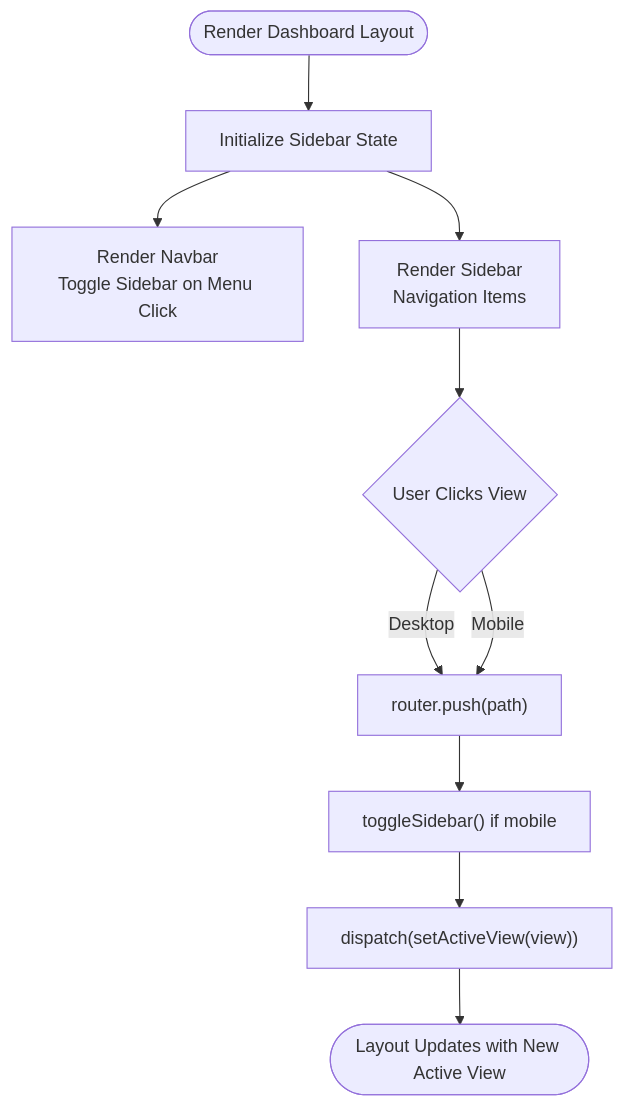
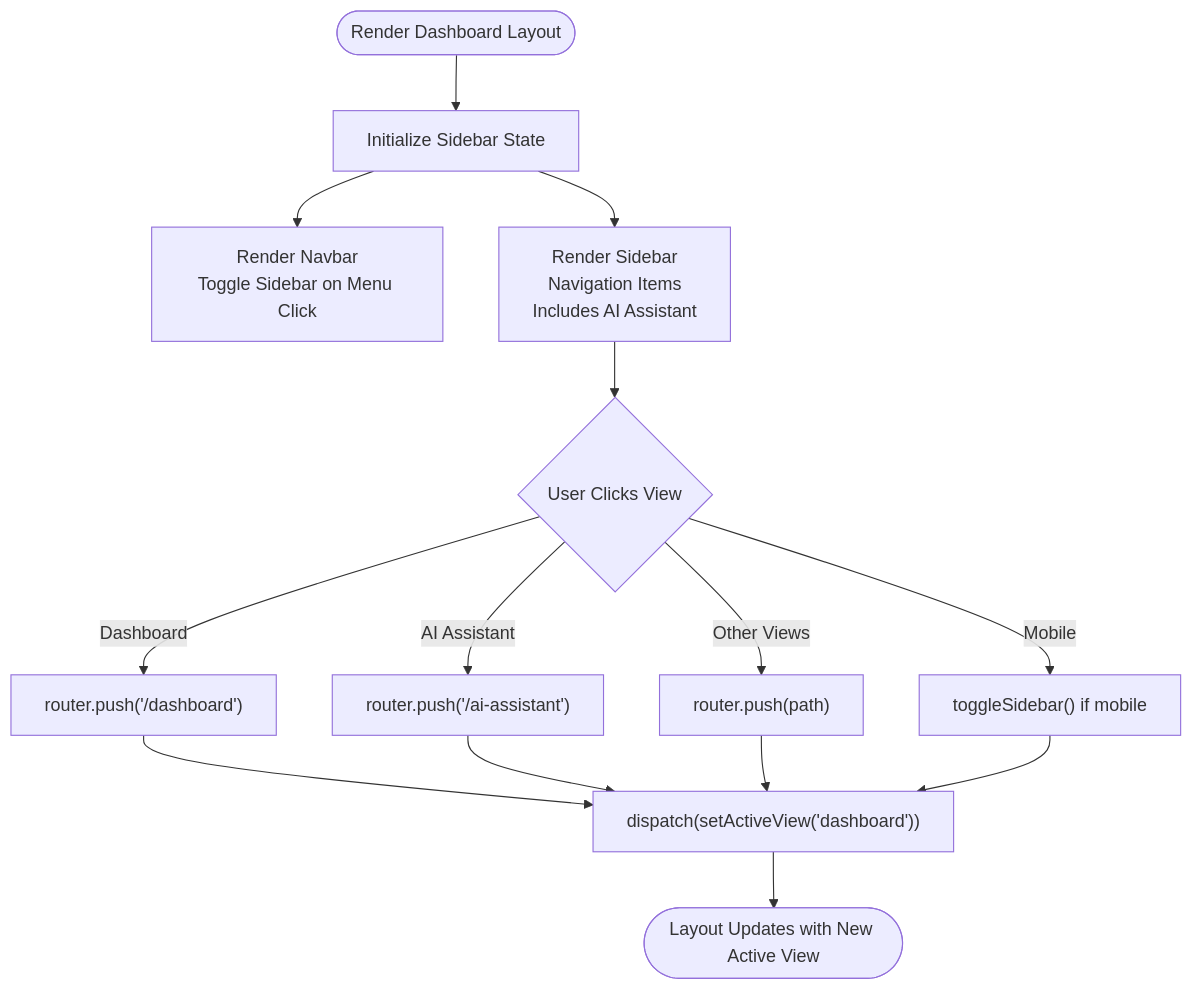
Before and after one commit to cacamarica/dashboard-ai: the tenth of 11 diagrams in .qoder/repowiki/en/content/Core Features/Dashboard Interface.md, drawn with Mermaid. The commit also changed other lines of this file and 14 other files, not shown here.

````diff
--- a/.qoder/repowiki/en/content/Core Features/Dashboard Interface.md
+++ b/.qoder/repowiki/en/content/Core Features/Dashboard Interface.md
@@ -294,12 +434,16 @@
 ```mermaid
 flowchart TD
 Start(["Render Dashboard Layout"]) --> Init["Initialize Sidebar State"]
 Init --> Navbar["Render Navbar<br/>Toggle Sidebar on Menu Click"]
-Init --> Sidebar["Render Sidebar<br/>Navigation Items"]
+Init --> Sidebar["Render Sidebar<br/>Navigation Items<br/>Includes AI Assistant"]
 Sidebar --> NavClick{"User Clicks View"}
-NavClick --> |Desktop| Route["router.push(path)"]
-NavClick --> |Mobile| Route
-Route --> Toggle["toggleSidebar() if mobile"]
-Toggle --> Update["dispatch(setActiveView(view))"]
+NavClick --> |Dashboard| Route1["router.push('/dashboard')"]
+NavClick --> |AI Assistant| Route2["router.push('/ai-assistant')"]
+NavClick --> |Other Views| Route3["router.push(path)"]
+NavClick --> |Mobile| Route4["toggleSidebar() if mobile"]
+Route1 --> Update["dispatch(setActiveView('dashboard'))"]
+Route2 --> Update
+Route3 --> Update
+Route4 --> Update
 Update --> End(["Layout Updates with New Active View"])
 ```
````
